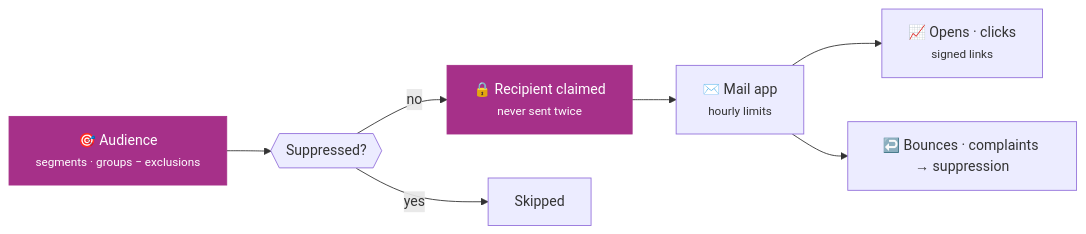
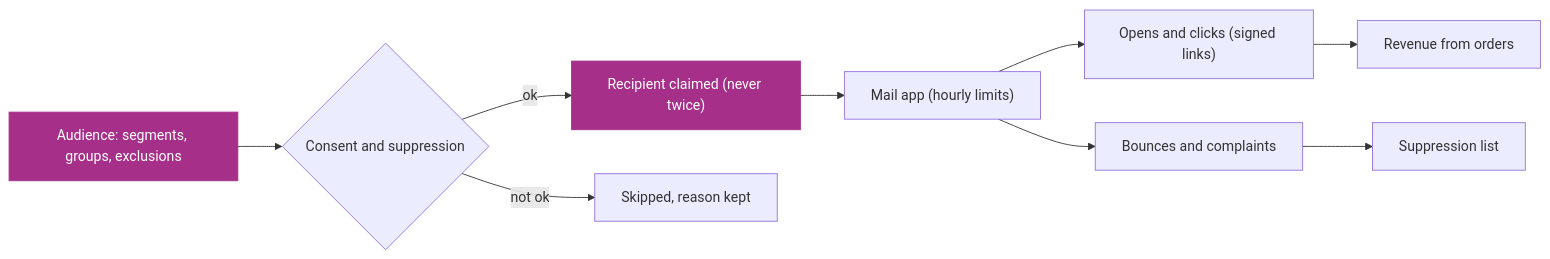
One commit to CBFerrum/ferrum-app-campaigns changed the first of 2 diagrams in README.md. Above: the diagram before and after it, drawn with Mermaid. The commit also changed other lines of this file and 22 other files, not shown here.

First line of the commit message:
docs: end-to-end README with screenshots, features, comparison and roadmap

````diff
--- a/README.md
+++ b/README.md
@@ -101,11 +193,13 @@
 ```mermaid
 flowchart LR
-    AUD["🎯 Audience<br/><small>segments · groups − exclusions</small>"] --> SUP{{"Suppressed?"}}
-    SUP -->|no| CL["🔒 Recipient claimed<br/><small>never sent twice</small>"]
-    SUP -->|yes| SK["Skipped"]
-    CL --> MAIL["✉️ Mail app<br/><small>hourly limits</small>"]
-    MAIL --> TR["📈 Opens · clicks<br/><small>signed links</small>"]
-    MAIL --> BN["↩️ Bounces · complaints → suppression"]
+    AUD["Audience: segments, groups, exclusions"] --> CON{"Consent and suppression"}
+    CON -->|ok| CL["Recipient claimed (never twice)"]
+    CON -->|not ok| SK["Skipped, reason kept"]
+    CL --> MAIL["Mail app (hourly limits)"]
+    MAIL --> TR["Opens and clicks (signed links)"]
+    MAIL --> BN["Bounces and complaints"]
+    BN --> SUP["Suppression list"]
+    TR --> REV["Revenue from orders"]
     classDef app fill:#a63089,color:#fff,stroke:#a63089
     class AUD,CL app
 ```
````
